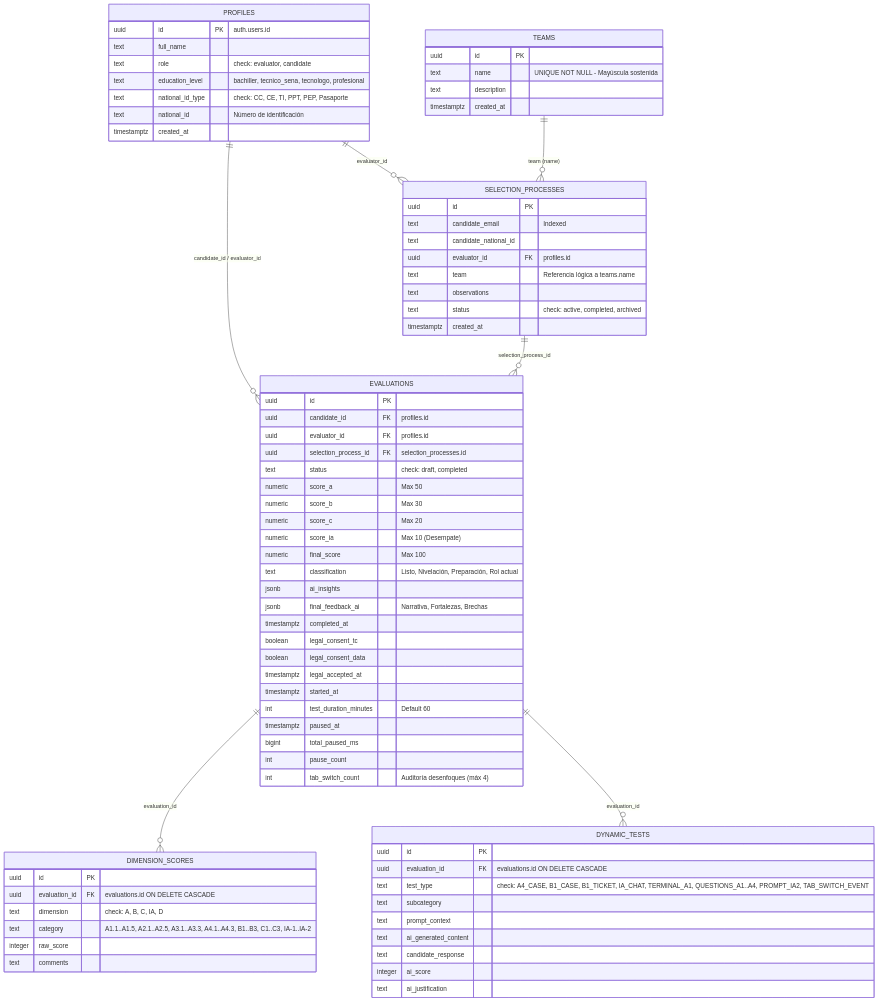
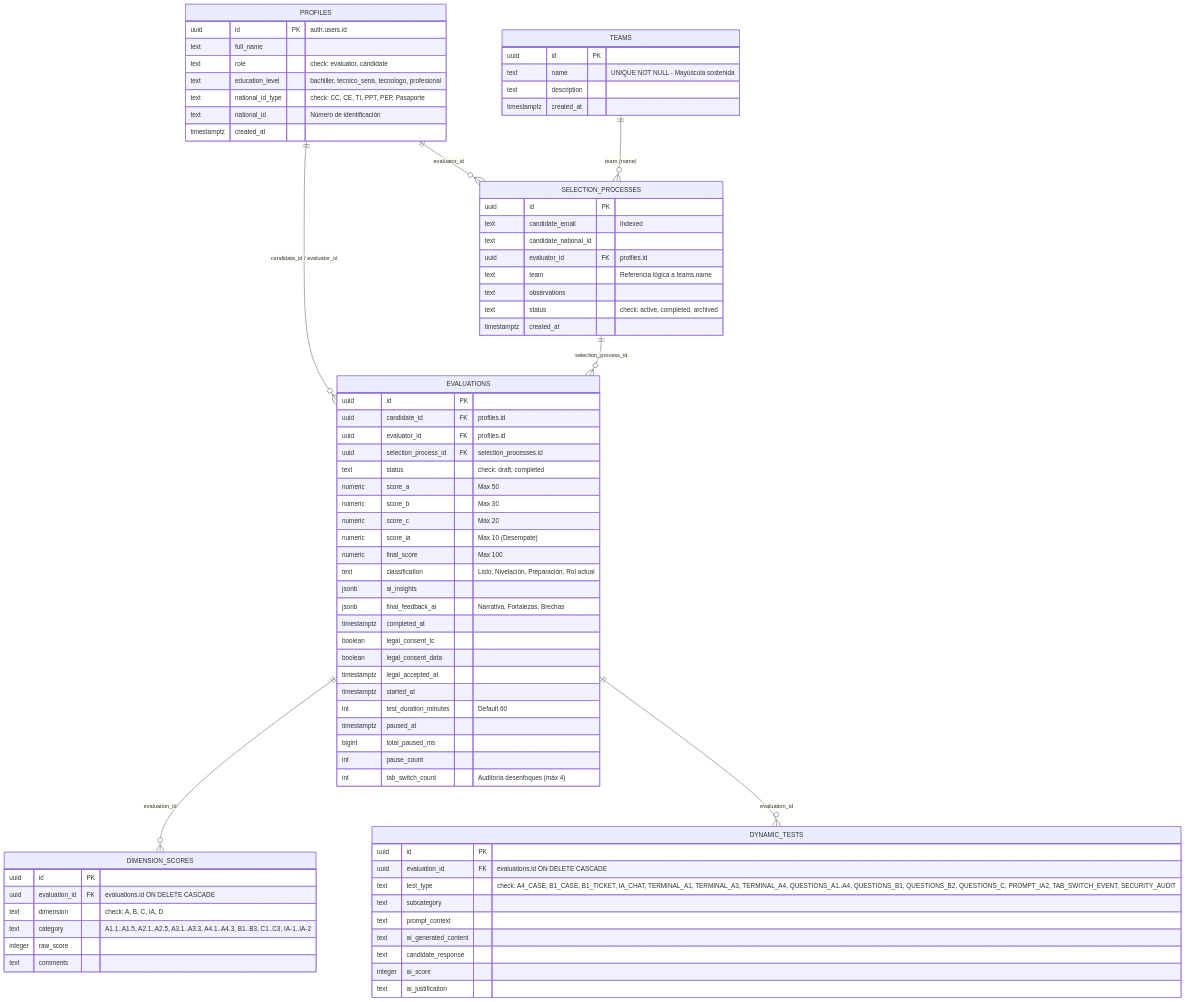
The diagram in docs/specs/AGENTS.md (enxo229/opera_eval_app), drawn with Mermaid before and after one commit. The commit also changed other lines of this file and 36 other files, not shown here.

Commit message:
feat(otel-expert): calibrate scoring, AI prompt rigour, integrity audit section, and unified track catalogue

```diff
--- a/docs/specs/AGENTS.md
+++ b/docs/specs/AGENTS.md
@@ -378,7 +384,7 @@
     DYNAMIC_TESTS {
         uuid id PK
         uuid evaluation_id FK "evaluations.id ON DELETE CASCADE"
-        text test_type "check: A4_CASE, B1_CASE, B1_TICKET, IA_CHAT, TERMINAL_A1, QUESTIONS_A1..A4, PROMPT_IA2, TAB_SWITCH_EVENT"
+        text test_type "check: A4_CASE, B1_CASE, B1_TICKET, IA_CHAT, TERMINAL_A1, TERMINAL_A3, TERMINAL_A4, QUESTIONS_A1..A4, QUESTIONS_B1, QUESTIONS_B2, QUESTIONS_C, PROMPT_IA2, TAB_SWITCH_EVENT, SECURITY_AUDIT"
         text subcategory
         text prompt_context
         text ai_generated_content
```
